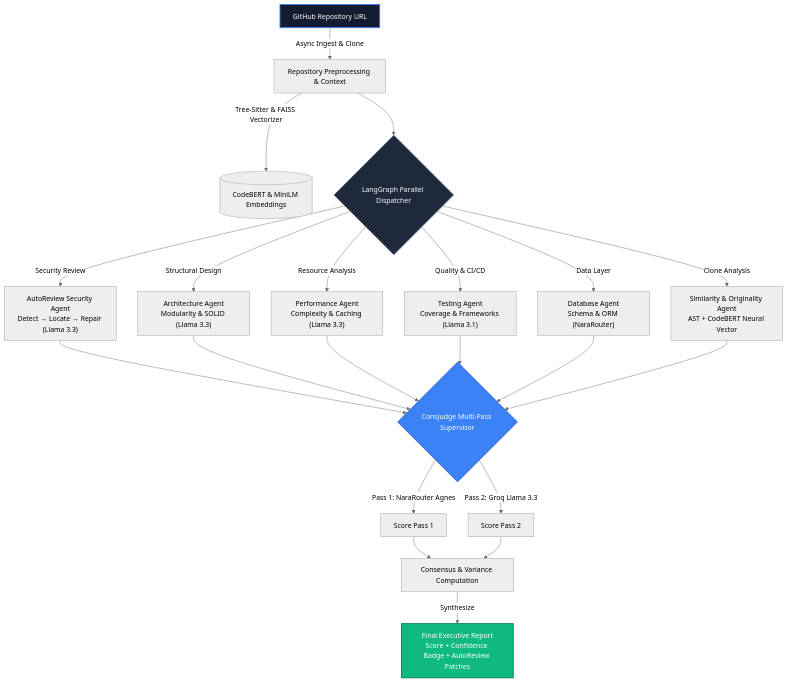
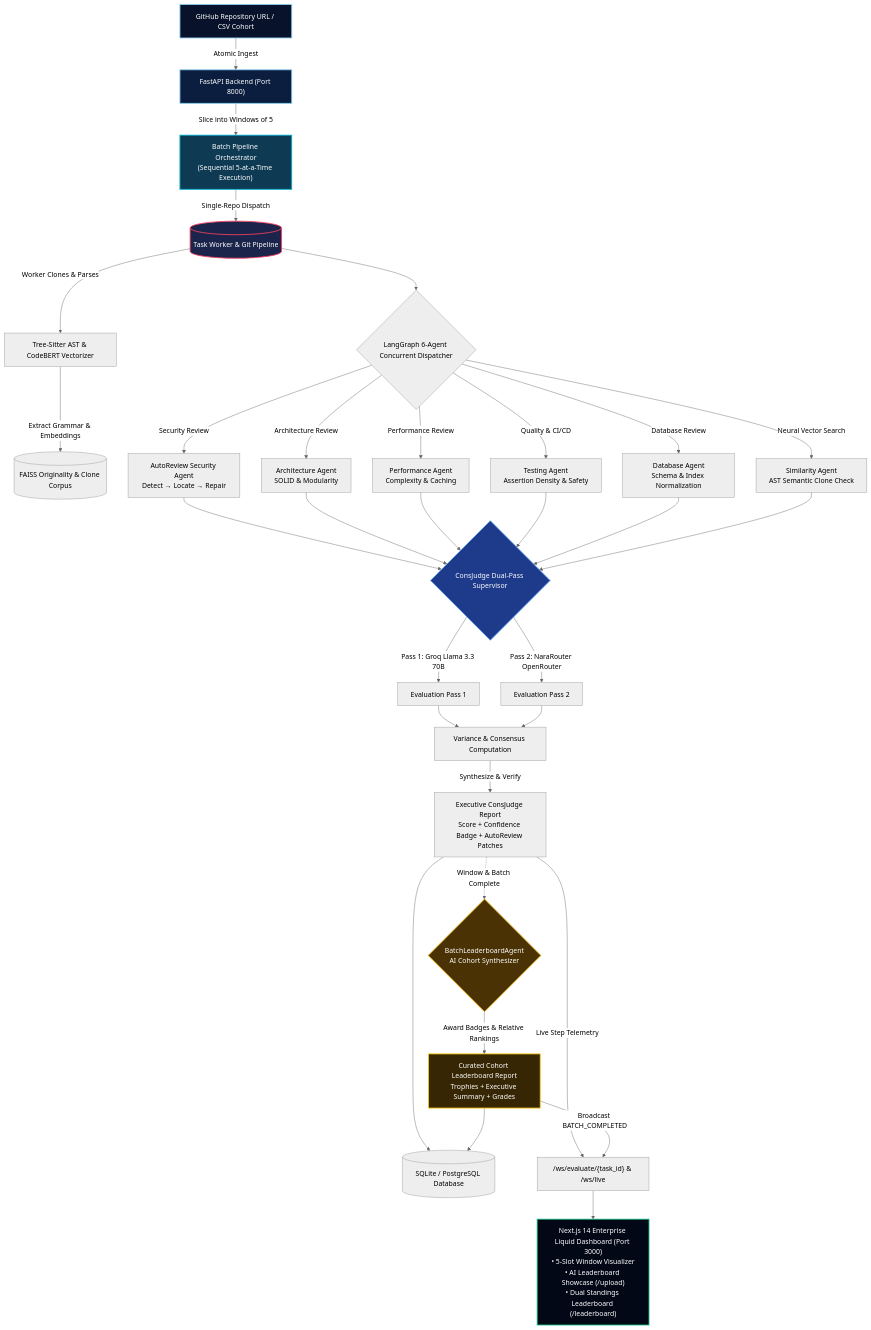
One commit to ibanmondal/CODE-BEAST-AI changed the diagram in README.md. Above: the diagram before and after it, drawn with Mermaid (neutral theme). The commit also changed other lines of this file and 33 other files, not shown here.

Commit message:
feat: complete multi-agent bulk evaluation pipeline, Celery distributed worker, batch leaderboard agent, and WatchFiles reload isolation

````diff
--- a/README.md
+++ b/README.md
@@ -41,34 +104,53 @@
 ```mermaid
 graph TD
-    A["GitHub Repository URL"] -->|Async Ingest & Clone| B["Repository Preprocessing & Context"]
-    B -->|Tree-Sitter & FAISS Vectorizer| V[("CodeBERT & MiniLM Embeddings")]
+    A["GitHub Repository URL / CSV Cohort"] -->|Atomic Ingest| B["FastAPI Backend (Port 8000)"]
+    B -->|Slice into Windows of 5| BO["Batch Pipeline Orchestrator<br/>(Sequential 5-at-a-Time Execution)"]
     
-    B --> C{"LangGraph Parallel Dispatcher"}
+    BO -->|Single-Repo Dispatch| R[("Task Worker & Git Pipeline")]
     
-    C -->|Security Review| D["AutoReview Security Agent<br/>Detect → Locate → Repair (Llama 3.3)"]
-    C -->|Structural Design| E["Architecture Agent<br/>Modularity & SOLID (Llama 3.3)"]
-    C -->|Resource Analysis| F["Performance Agent<br/>Complexity & Caching (Llama 3.3)"]
-    C -->|Quality & CI/CD| G["Testing Agent<br/>Coverage & Frameworks (Llama 3.1)"]
-    C -->|Data Layer| H["Database Agent<br/>Schema & ORM (NaraRouter)"]
-    C -->|Clone Analysis| K["Similarity & Originality Agent<br/>AST + CodeBERT Neural Vector"]
+    R -->|Worker Clones & Parses| C["Tree-Sitter AST & CodeBERT Vectorizer"]
+    C -->|Extract Grammar & Embeddings| FAISS[("FAISS Originality & Clone Corpus")]
     
-    D --> I{"ConsJudge Multi-Pass Supervisor"}
-    E --> I
-    F --> I
-    G --> I
-    H --> I
-    K --> I
+    R --> D{"LangGraph 6-Agent Concurrent Dispatcher"}
     
-    I -->|Pass 1: NaraRouter Agnes| P1["Score Pass 1"]
-    I -->|Pass 2: Groq Llama 3.3| P2["Score Pass 2"]
+    D -->|Security Review| A1["AutoReview Security Agent<br/>Detect → Locate → Repair"]
+    D -->|Architecture Review| A2["Architecture Agent<br/>SOLID & Modularity"]
+    D -->|Performance Review| A3["Performance Agent<br/>Complexity & Caching"]
+    D -->|Quality & CI/CD| A4["Testing Agent<br/>Assertion Density & Safety"]
+    D -->|Database Review| A5["Database Agent<br/>Schema & Index Normalization"]
+    D -->|Neural Vector Search| A6["Similarity Agent<br/>AST Semantic Clone Check"]
     
-    P1 --> CM["Consensus & Variance Computation"]
-    P2 --> CM
+    A1 --> CJ{"ConsJudge Dual-Pass Supervisor"}
+    A2 --> CJ
+    A3 --> CJ
+    A4 --> CJ
+    A5 --> CJ
+    A6 --> CJ
     
-    CM -->|Synthesize| J["Final Executive Report<br/>Score + Confidence Badge + AutoReview Patches"]
+    CJ -->|Pass 1: Groq Llama 3.3 70B| P1["Evaluation Pass 1"]
+    CJ -->|Pass 2: NaraRouter OpenRouter| P2["Evaluation Pass 2"]
     
-    style A fill:#141C2F,stroke:#3B82F6,stroke-width:2px,color:#fff
-    style C fill:#1E293B,stroke:#64748B,stroke-width:2px,color:#fff
-    style I fill:#3B82F6,stroke:#1D4ED8,stroke-width:2px,color:#fff
-    style J fill:#10B981,stroke:#047857,stroke-width:2px,color:#fff
+    P1 --> VC["Variance & Consensus Computation"]
+    P2 --> VC
+    
+    VC -->|Synthesize & Verify| REP["Executive ConsJudge Report<br/>Score + Confidence Badge + AutoReview Patches"]
+    
+    REP --> DB[("SQLite / PostgreSQL Database")]
+    REP -->|Live Step Telemetry| WS["/ws/evaluate/{task_id} & /ws/live"]
+    
+    REP -.->|Window & Batch Complete| BLA{"BatchLeaderboardAgent<br/>AI Cohort Synthesizer"}
+    BLA -->|Award Badges & Relative Rankings| LBREP["Curated Cohort Leaderboard Report<br/>Trophies + Executive Summary + Grades"]
+    LBREP --> DB
+    LBREP -->|Broadcast BATCH_COMPLETED| WS
+    
+    WS --> UI["Next.js 14 Enterprise Liquid Dashboard (Port 3000)<br/>• 5-Slot Window Visualizer<br/>• AI Leaderboard Showcase (/upload)<br/>• Dual Standings Leaderboard (/leaderboard)"]
+
+    style A fill:#08132B,stroke:#89CFF0,stroke-width:2px,color:#fff
+    style B fill:#0B1E40,stroke:#89CFF0,stroke-width:2px,color:#fff
+    style BO fill:#0E3A53,stroke:#06B6D4,stroke-width:2px,color:#fff
+    style R fill:#1B254B,stroke:#F43F5E,stroke-width:2px,color:#fff
+    style CJ fill:#1E3A8A,stroke:#60A5FA,stroke-width:2px,color:#fff
+    style BLA fill:#4A3205,stroke:#EAB308,stroke-width:2px,color:#fff
+    style LBREP fill:#362604,stroke:#FACC15,stroke-width:2px,color:#fff
+    style UI fill:#030816,stroke:#10B981,stroke-width:2px,color:#fff
 ```
````
